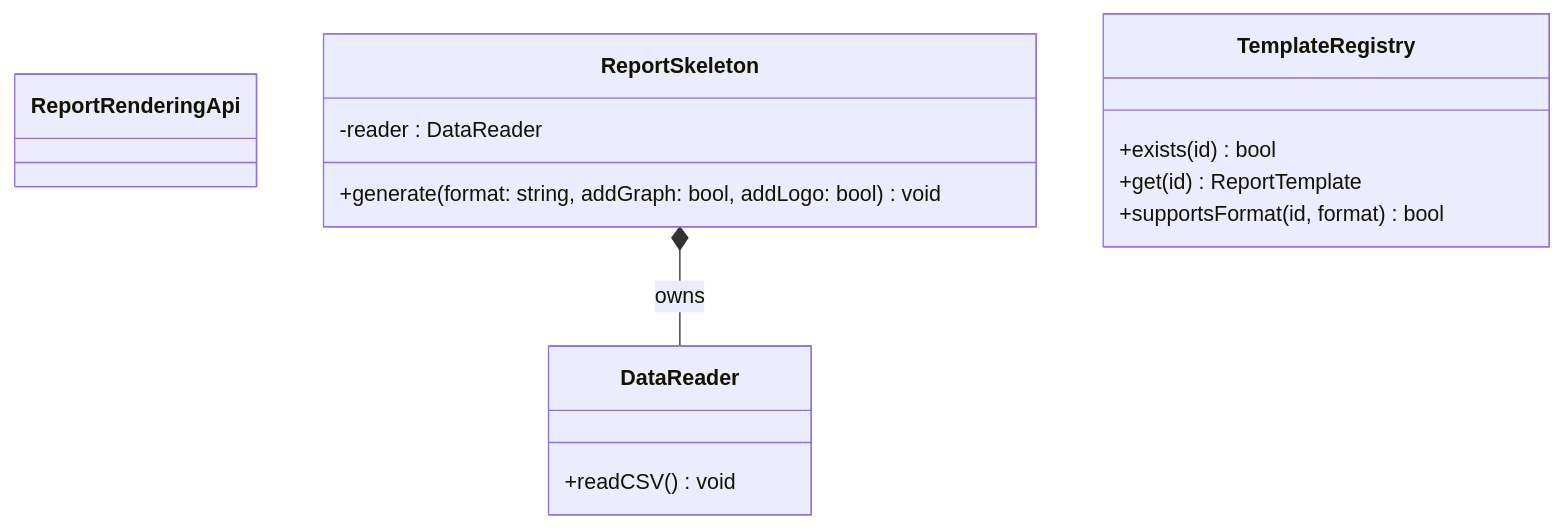
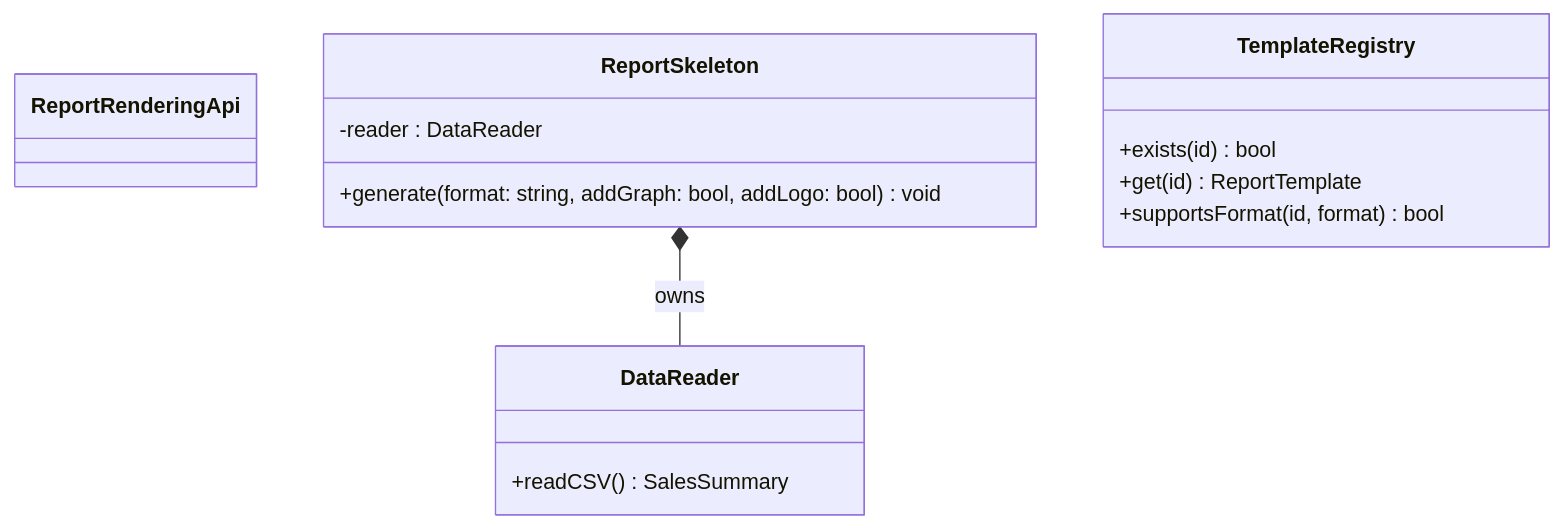
The third of 14 diagrams in kindle/design-patterns/output/chapter11.md (kumachan1101-pixel/DesignPattern), drawn with Mermaid before and after one commit. The commit also changed other lines of this file, not shown here.

First line of the commit message:
Chapter 11: DataReader loads real sales data and computes aggregation

````diff
--- a/kindle/design-patterns/output/chapter11.md
+++ b/kindle/design-patterns/output/chapter11.md
@@ -194,17 +194,17 @@
 ```mermaid
 classDiagram
     class ReportRenderingApi
     class ReportSkeleton {
         -reader : DataReader
         +generate(format: string, addGraph: bool, addLogo: bool) void
     }
     class DataReader {
-        +readCSV() void
+        +readCSV() SalesSummary
     }
     class TemplateRegistry {
         +exists(id) bool
         +get(id) ReportTemplate
         +supportsFormat(id, format) bool
     }
     ReportSkeleton *-- DataReader : owns
 ```
````
